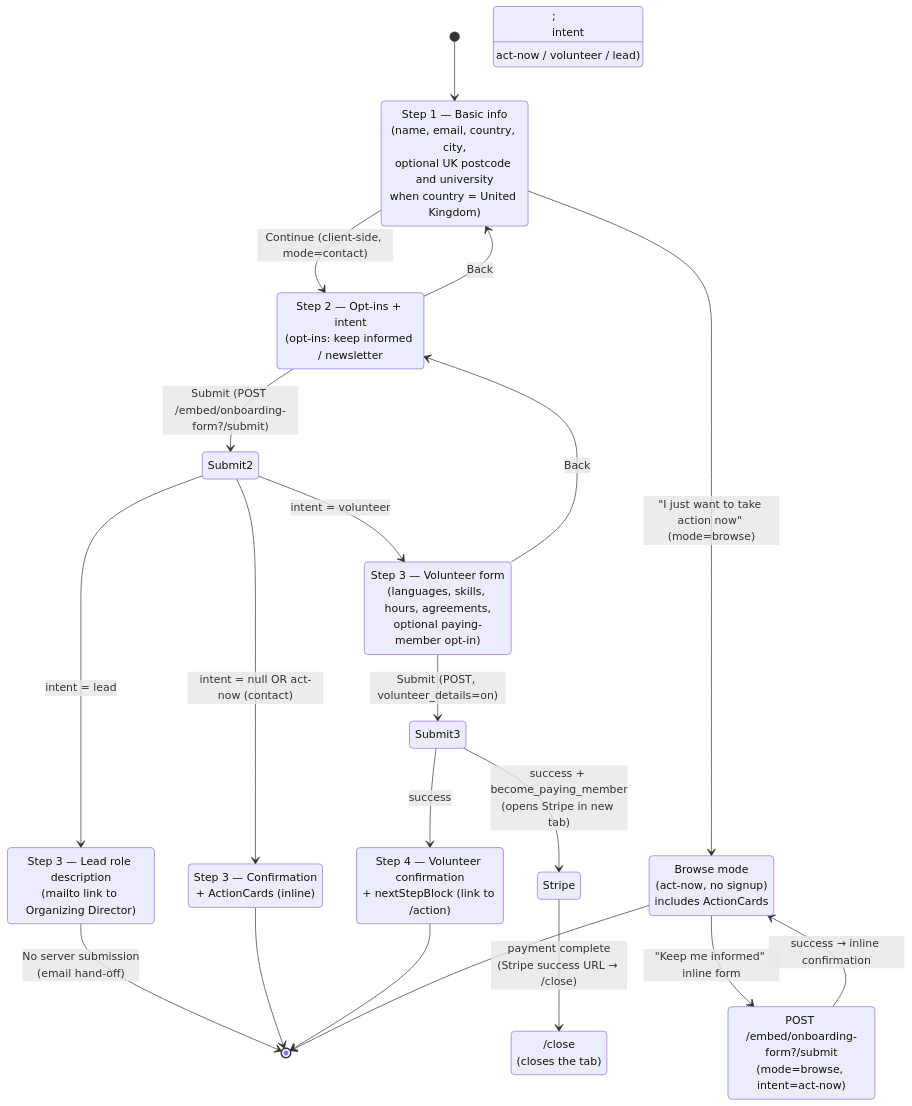
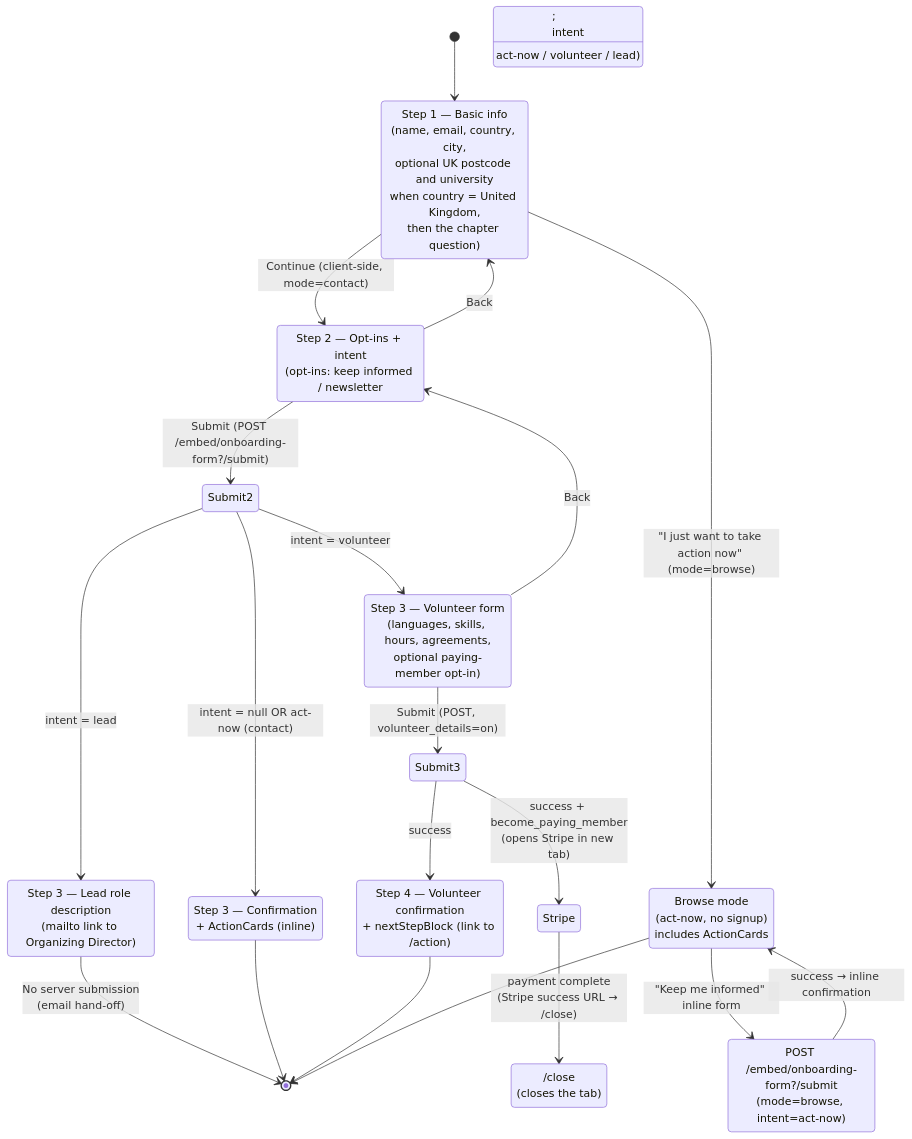
The second of 2 diagrams in docs/join-form-flow.md (PauseAI/pauseai-website), drawn with Mermaid before and after one commit. The commit also changed other lines of this file and 16 other files, not shown here.

````diff
--- a/docs/join-form-flow.md
+++ b/docs/join-form-flow.md
@@ -318,36 +336,36 @@
 ```mermaid
 stateDiagram-v2
     [*] --> Step1
-    Step1: Step 1 — Basic info<br/>(name, email, country, city,<br/>optional UK postcode and university<br/>when country = United Kingdom)
+    Step1: Step 1 — Basic info<br/>(name, email, country, city,<br/>optional UK postcode and university<br/>when country = United Kingdom,<br/>then the chapter question)
     Step1 --> Step2: Continue (client-side, mode=contact)
     Step1 --> Browse: "I just want to take action now" (mode=browse)
     Browse: Browse mode<br/>(act-now, no signup)<br/>includes ActionCards
 
     Step2: Step 2 — Opt-ins + intent<br/>(opt-ins: keep informed / newsletter;<br/>intent: act-now / volunteer / lead)
     Step2 --> Step1: Back
     Step2 --> Submit2: Submit (POST /embed/onboarding-form?/submit)
     Submit2 --> Step3Confirm: intent = null OR act-now (contact)
     Submit2 --> Step3Volunteer: intent = volunteer
     Submit2 --> Step3Lead: intent = lead
 
     Browse --> BrowseSignup: "Keep me informed" inline form
     BrowseSignup: POST /embed/onboarding-form?/submit<br/>(mode=browse, intent=act-now)
     BrowseSignup --> Browse: success → inline confirmation
 
     Step3Volunteer: Step 3 — Volunteer form<br/>(languages, skills, hours, agreements,<br/>optional paying-member opt-in)
     Step3Volunteer --> Step2: Back
     Step3Volunteer --> Submit3: Submit (POST, volunteer_details=on)
     Submit3 --> Stripe: success + become_paying_member<br/>(opens Stripe in new tab)
     Stripe --> Close: payment complete<br/>(Stripe success URL → /close)
     Close: /close<br/>(closes the tab)
     Submit3 --> Step4: success
 
     Step3Lead: Step 3 — Lead role description<br/>(mailto link to Organizing Director)
     Step3Lead --> [*]: No server submission<br/>(email hand-off)
 
     Step3Confirm: Step 3 — Confirmation<br/>+ ActionCards (inline)
     Step4: Step 4 — Volunteer confirmation<br/>+ nextStepBlock (link to /action)
     Step3Confirm --> [*]
     Step4 --> [*]
     Browse --> [*]
 ```
````
